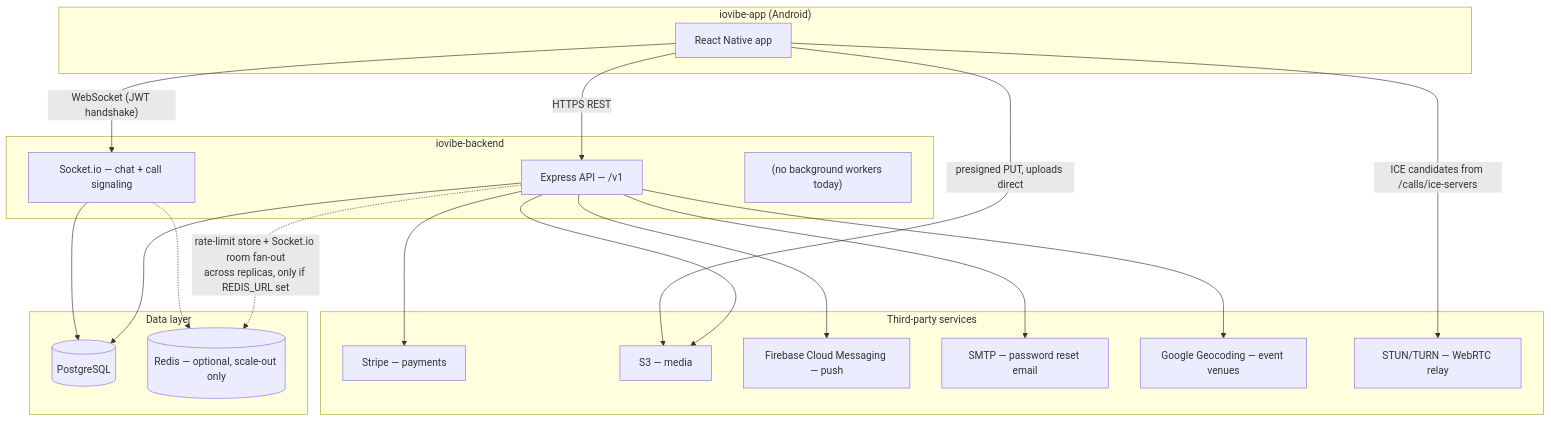
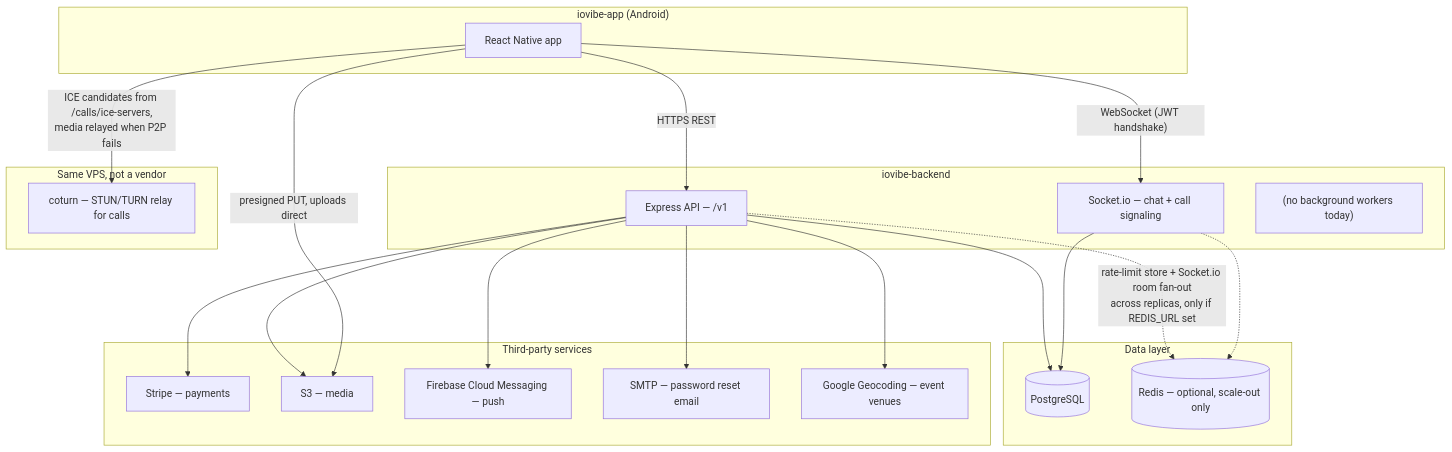
One commit to link2salman/social-commerce-backend changed the diagram in docs/01-system-overview.md. Above: the diagram before and after it, drawn with Mermaid. The commit also changed other lines of this file and 34 other files, not shown here.

````diff
--- a/docs/01-system-overview.md
+++ b/docs/01-system-overview.md
@@ -41,40 +41,43 @@
 ```mermaid
 flowchart TB
     subgraph Client["iovibe-app (Android)"]
         RN["React Native app"]
     end
 
     subgraph Backend["iovibe-backend"]
         API["Express API — /v1"]
         WS["Socket.io — chat + call signaling"]
         Worker["(no background workers today)"]
     end
 
     subgraph Data["Data layer"]
         PG[("PostgreSQL")]
         Redis[("Redis — optional, scale-out only")]
     end
 
     subgraph ThirdParty["Third-party services"]
         Stripe["Stripe — payments"]
         Storage["S3 — media"]
         FCM["Firebase Cloud Messaging — push"]
         SMTP["SMTP — password reset email"]
         Geo["Google Geocoding — event venues"]
-        TURN["STUN/TURN — WebRTC relay"]
+    end
+
+    subgraph SelfHosted["Same VPS, not a vendor"]
+        TURN["coturn — STUN/TURN relay for calls"]
     end
 
     RN -- "HTTPS REST" --> API
     RN -- "WebSocket (JWT handshake)" --> WS
     API --> PG
     WS --> PG
     API -.->|"rate-limit store + Socket.io room fan-out\nacross replicas, only if REDIS_URL set"| Redis
     WS -.-> Redis
     API --> Stripe
     API --> Storage
     RN -- "presigned PUT, uploads direct" --> Storage
     API --> FCM
     API --> SMTP
     API --> Geo
-    RN -- "ICE candidates from /calls/ice-servers" --> TURN
+    RN -- "ICE candidates from /calls/ice-servers,\nmedia relayed when P2P fails" --> TURN
 ```
````
